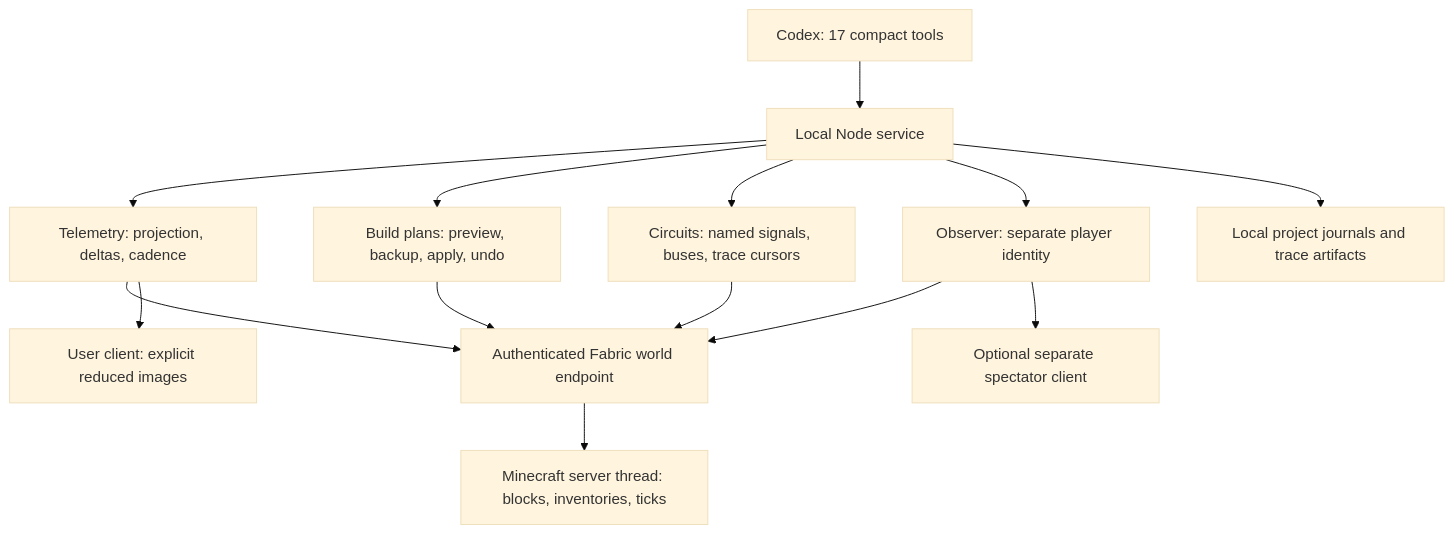
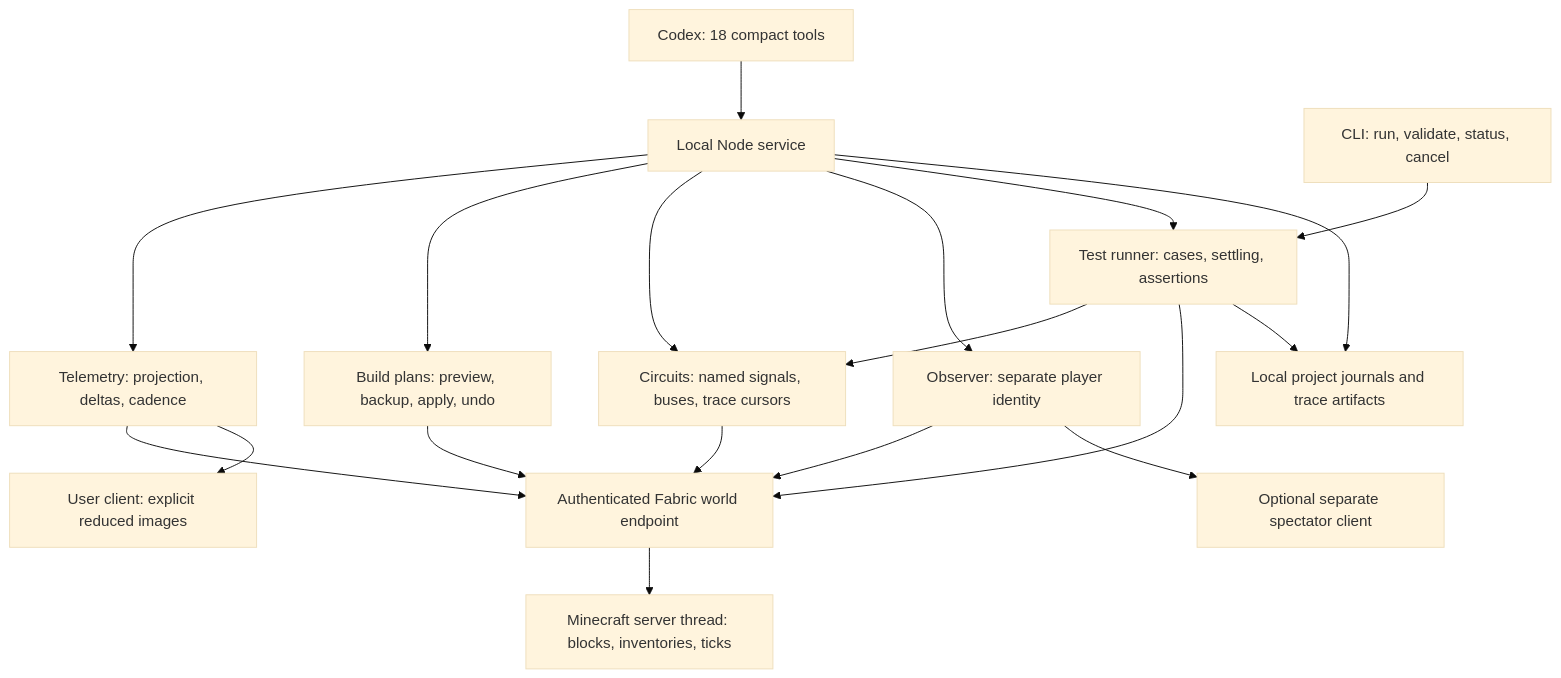
One commit to jsunco/minecraft-redstone changed the diagram in docs/ARCHITECTURE.md. Above: the diagram before and after it, drawn with Mermaid (base theme). The commit also changed other lines of this file and 24 other files, not shown here.

Commit message:
Add local circuit runner and verify live Minecraft experiments

````diff
--- a/docs/ARCHITECTURE.md
+++ b/docs/ARCHITECTURE.md
@@ -5,16 +5,21 @@
 ```mermaid
 flowchart TD
-    A[Codex: 17 compact tools] --> B[Local Node service]
+    A[Codex: 18 compact tools] --> B[Local Node service]
     B --> C[Telemetry: projection, deltas, cadence]
     B --> D[Build plans: preview, backup, apply, undo]
     B --> E[Circuits: named signals, buses, trace cursors]
     B --> F[Observer: separate player identity]
+    B --> L[Test runner: cases, settling, assertions]
+    M[CLI: run, validate, status, cancel] --> L
+    L --> E
+    L --> G
     C --> G[Authenticated Fabric world endpoint]
     D --> G
     E --> G
     F --> G
     G --> H[Minecraft server thread: blocks, inventories, ticks]
     C --> I[User client: explicit reduced images]
     F --> J[Optional separate spectator client]
     B --> K[Local project journals and trace artifacts]
+    L --> K
 ```
````
